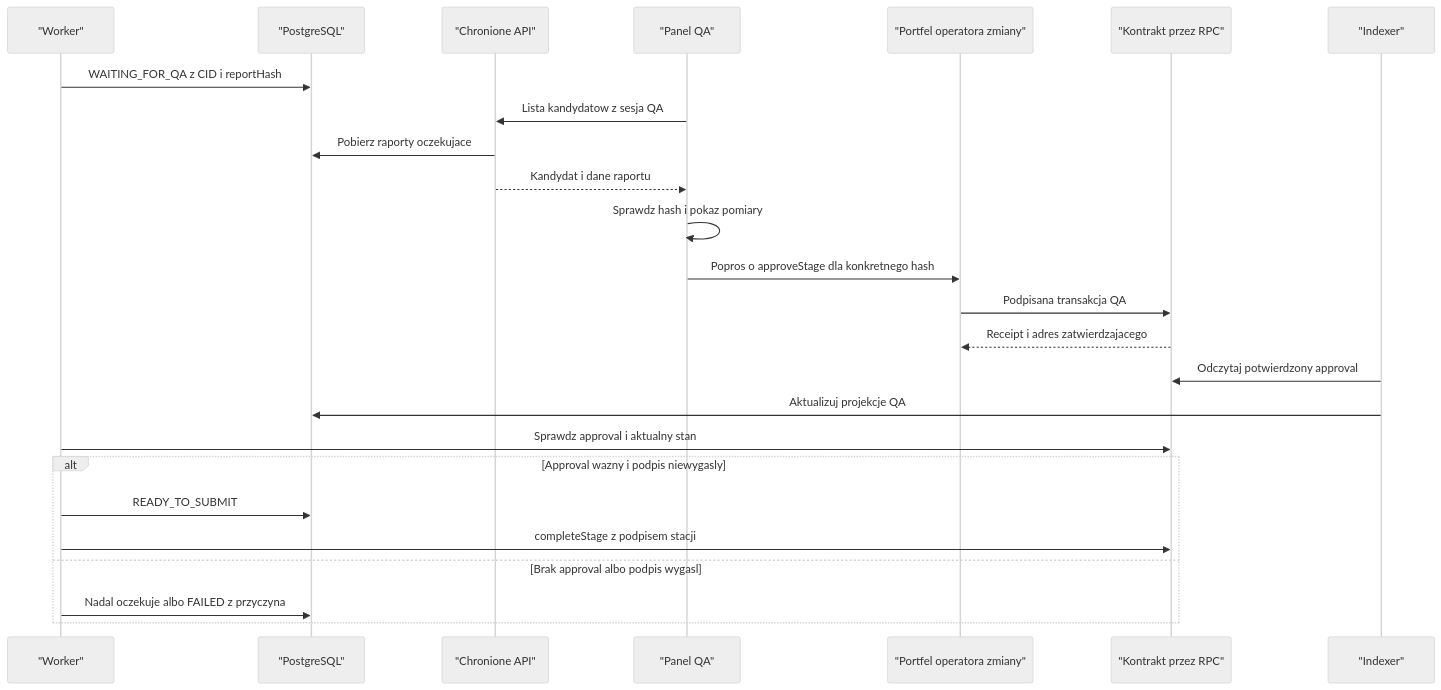
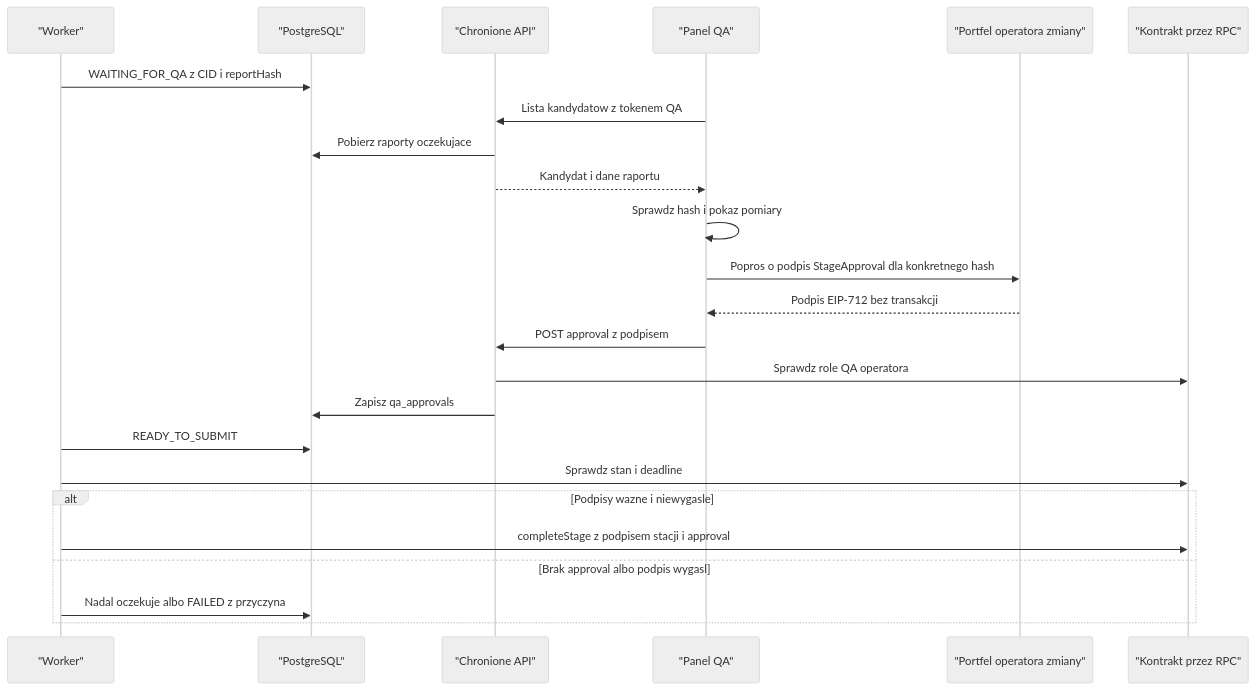
One commit to nimek06/PZ_supply_blockchain changed the third of 4 diagrams in docs/flows.md. Above: the diagram before and after it, drawn with Mermaid (neutral theme). The commit also changed other lines of this file and 64 other files, not shown here.

````diff
--- a/docs/flows.md
+++ b/docs/flows.md
@@ -150,27 +158,26 @@
 ```mermaid
 sequenceDiagram
     participant WorkerQa as "Worker"
     participant DbQa as "PostgreSQL"
     participant ApiQa as "Chronione API"
     participant UiQa as "Panel QA"
     participant WalletQa as "Portfel operatora zmiany"
     participant ChainQa as "Kontrakt przez RPC"
-    participant IndexQa as "Indexer"
     WorkerQa->>DbQa: WAITING_FOR_QA z CID i reportHash
-    UiQa->>ApiQa: Lista kandydatow z sesja QA
+    UiQa->>ApiQa: Lista kandydatow z tokenem QA
     ApiQa->>DbQa: Pobierz raporty oczekujace
     ApiQa-->>UiQa: Kandydat i dane raportu
     UiQa->>UiQa: Sprawdz hash i pokaz pomiary
-    UiQa->>WalletQa: Popros o approveStage dla konkretnego hash
-    WalletQa->>ChainQa: Podpisana transakcja QA
-    ChainQa-->>WalletQa: Receipt i adres zatwierdzajacego
-    IndexQa->>ChainQa: Odczytaj potwierdzony approval
-    IndexQa->>DbQa: Aktualizuj projekcje QA
-    WorkerQa->>ChainQa: Sprawdz approval i aktualny stan
-    alt Approval wazny i podpis niewygasly
-        WorkerQa->>DbQa: READY_TO_SUBMIT
-        WorkerQa->>ChainQa: completeStage z podpisem stacji
+    UiQa->>WalletQa: Popros o podpis StageApproval dla konkretnego hash
+    WalletQa-->>UiQa: Podpis EIP-712 bez transakcji
+    UiQa->>ApiQa: POST approval z podpisem
+    ApiQa->>ChainQa: Sprawdz role QA operatora
+    ApiQa->>DbQa: Zapisz qa_approvals
+    WorkerQa->>DbQa: READY_TO_SUBMIT
+    WorkerQa->>ChainQa: Sprawdz stan i deadline
+    alt Podpisy wazne i niewygasle
+        WorkerQa->>ChainQa: completeStage z podpisem stacji i approval
     else Brak approval albo podpis wygasl
         WorkerQa->>DbQa: Nadal oczekuje albo FAILED z przyczyna
     end
 ```
````
